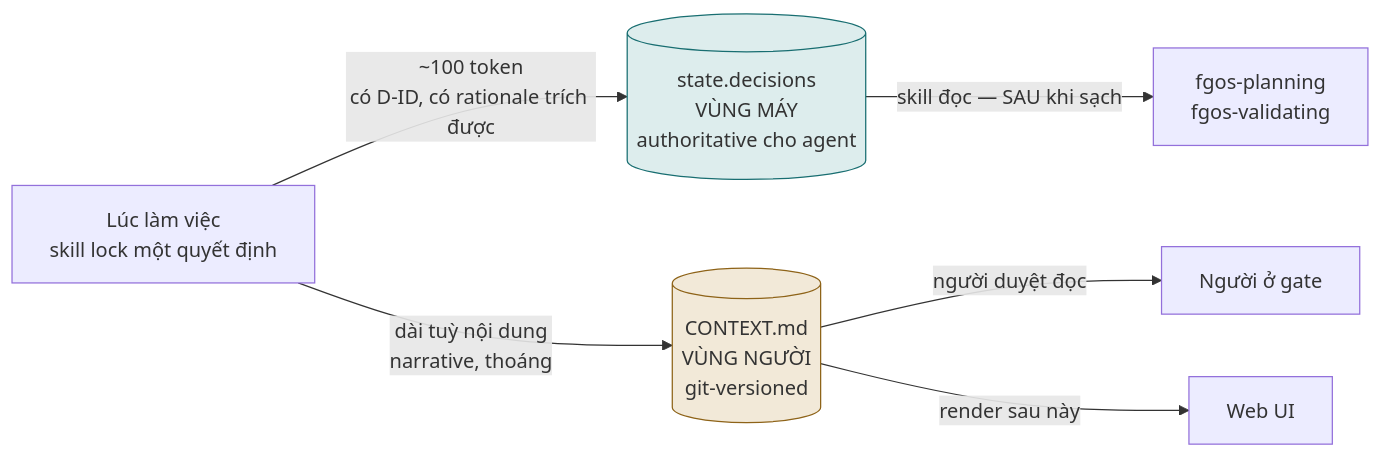
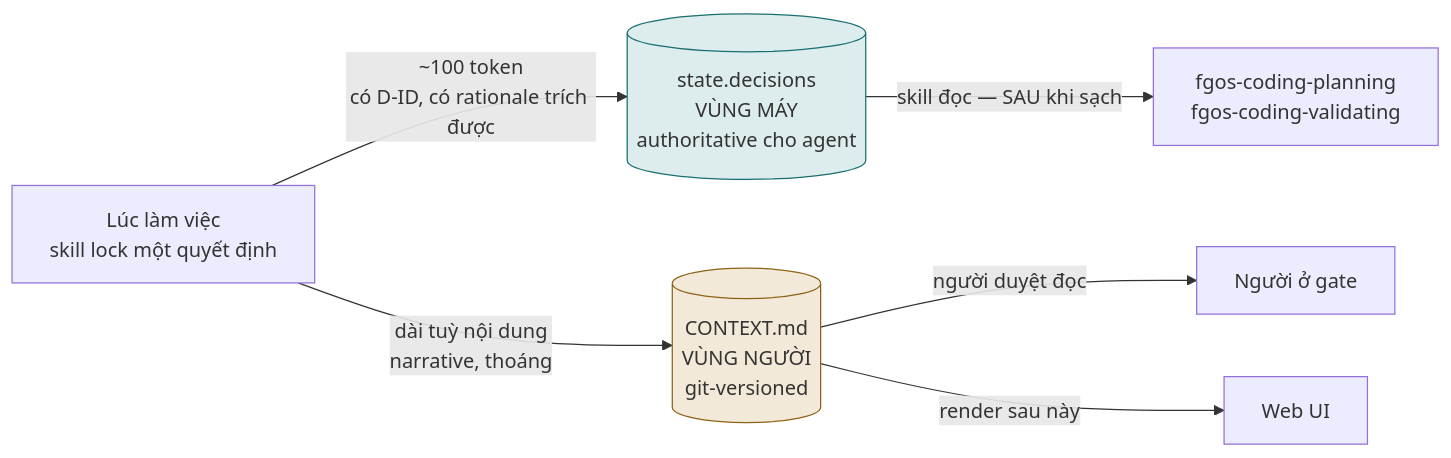
The third of 3 diagrams in docs/history/gate-question-quality-and-routing/DISCUSSION.md (vantt/forgent), drawn with Mermaid before and after one commit. The commit also changed other lines of this file and 671 other files, not shown here.

````diff
--- a/docs/history/gate-question-quality-and-routing/DISCUSSION.md
+++ b/docs/history/gate-question-quality-and-routing/DISCUSSION.md
@@ -1307,12 +1307,12 @@
 ```mermaid
 flowchart LR
     W["Lúc làm việc<br/>skill lock một quyết định"]
     W -->|"~100 token<br/>có D-ID, có rationale trích được"| M[("state.decisions<br/>VÙNG MÁY<br/>authoritative cho agent")]
     W -->|"dài tuỳ nội dung<br/>narrative, thoáng"| H[("CONTEXT.md<br/>VÙNG NGƯỜI<br/>git-versioned")]
-    M -->|"skill đọc — SAU khi sạch"| S["fgos-planning<br/>fgos-validating"]
+    M -->|"skill đọc — SAU khi sạch"| S["fgos-coding-planning<br/>fgos-coding-validating"]
     H -->|"người duyệt đọc"| P["Người ở gate"]
     H -->|"render sau này"| U["Web UI"]
 
     style M fill:#ddeded,stroke:#186E71
     style H fill:#f2e9d8,stroke:#8E6318
 ```
````
